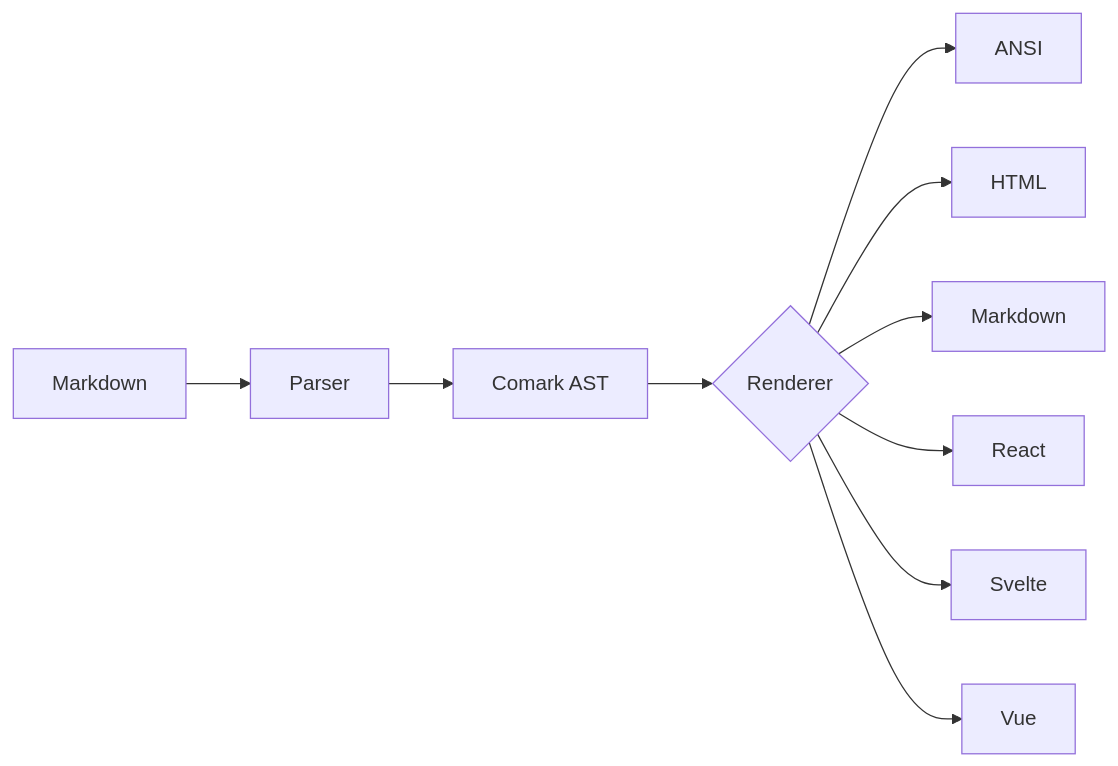
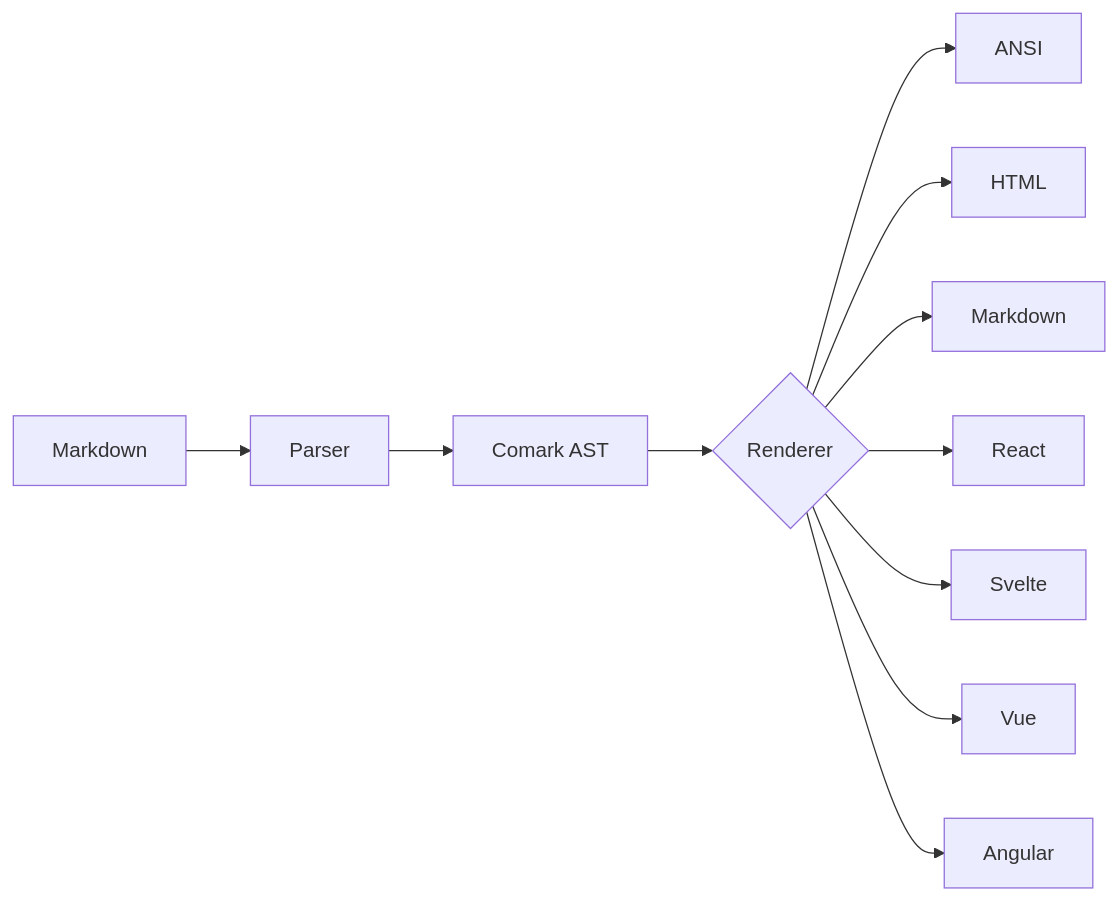
One commit to comarkdown/comark changed the diagram in docs/content/1.getting-started/0.introduction.md. Above: the diagram before and after it, drawn with Mermaid. The commit also changed other lines of this file and 79 other files, not shown here.

````diff
--- a/docs/content/1.getting-started/0.introduction.md
+++ b/docs/content/1.getting-started/0.introduction.md
@@ -220,12 +246,13 @@
 ```mermaid
 graph LR
     A[Markdown] --> B[Parser]
     B --> C[Comark AST]
     C --> D{Renderer}
     D --> I[ANSI]
     D --> H[HTML]
     D --> J[Markdown]
     D --> F[React]
     D --> G[Svelte]
     D --> E[Vue]
+    D --> K[Angular]
 ```
````
